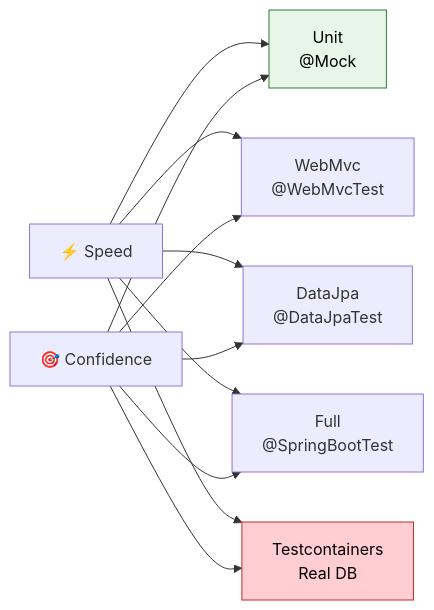
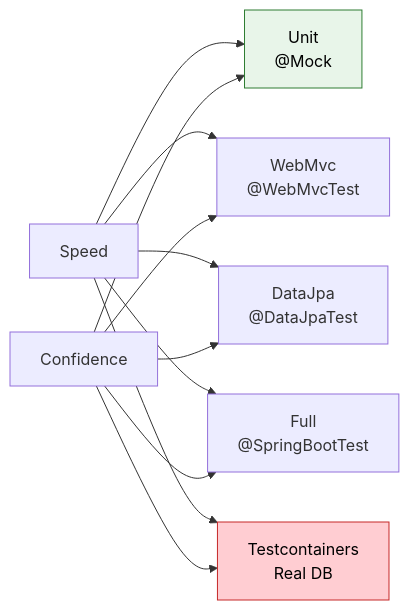
The second of 2 diagrams in docs/springboot/testing.md (saivamsikaruturi/vamsilabs-dev-notes-main), drawn with Mermaid before and after one commit. The commit also changed other lines of this file and 146 other files, not shown here.

Commit message:
Horizontal diagrams, UML class diagrams, typography overhaul, and permalink cleanup

````diff
--- a/docs/springboot/testing.md
+++ b/docs/springboot/testing.md
@@ -253,17 +769,17 @@
 ```mermaid
 flowchart LR
-    Speed["⚡ Speed"] --> Unit["Unit<br/>@Mock"]
+    Speed["Speed"] --> Unit["Unit<br/>@Mock"]
     Speed --> Web["WebMvc<br/>@WebMvcTest"]
     Speed --> Data["DataJpa<br/>@DataJpaTest"]
     Speed --> Full["Full<br/>@SpringBootTest"]
     Speed --> TC["Testcontainers<br/>Real DB"]
 
-    Confidence["🎯 Confidence"] --> TC
+    Confidence["Confidence"] --> TC
     Confidence --> Full
     Confidence --> Data
     Confidence --> Web
     Confidence --> Unit
 
     style Unit fill:#E8F5E9,stroke:#2E7D32,color:#000
     style TC fill:#FFCDD2,stroke:#C62828,color:#000
 ```
````
